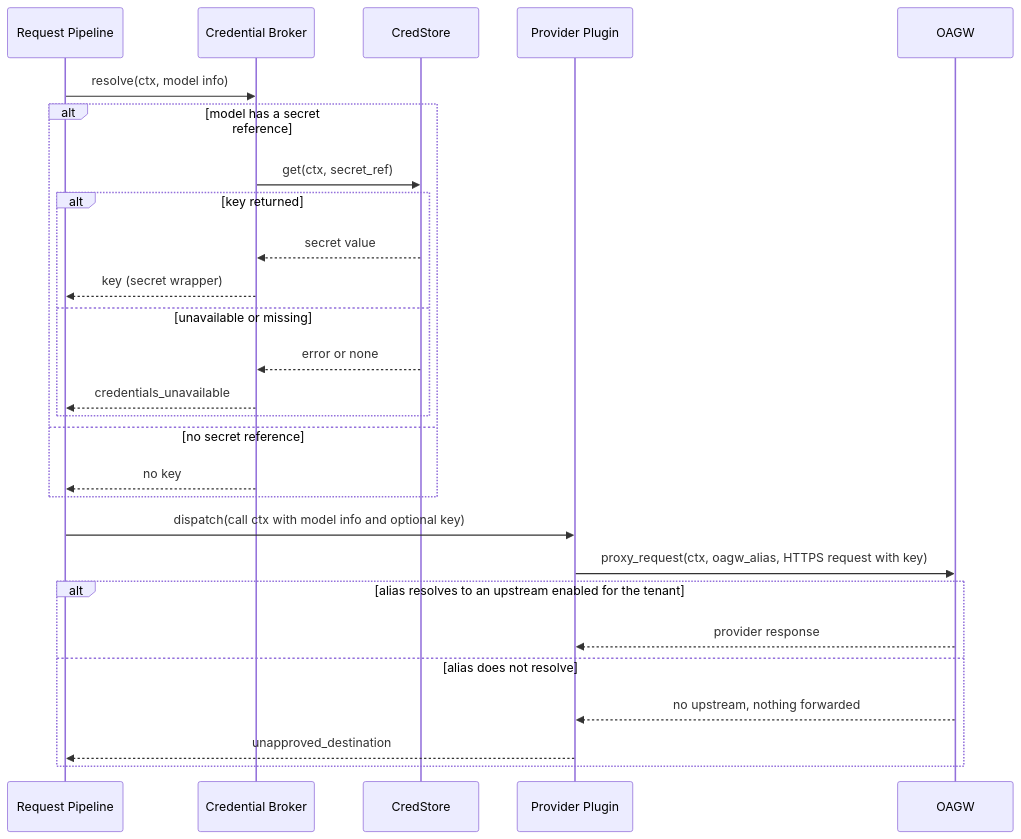
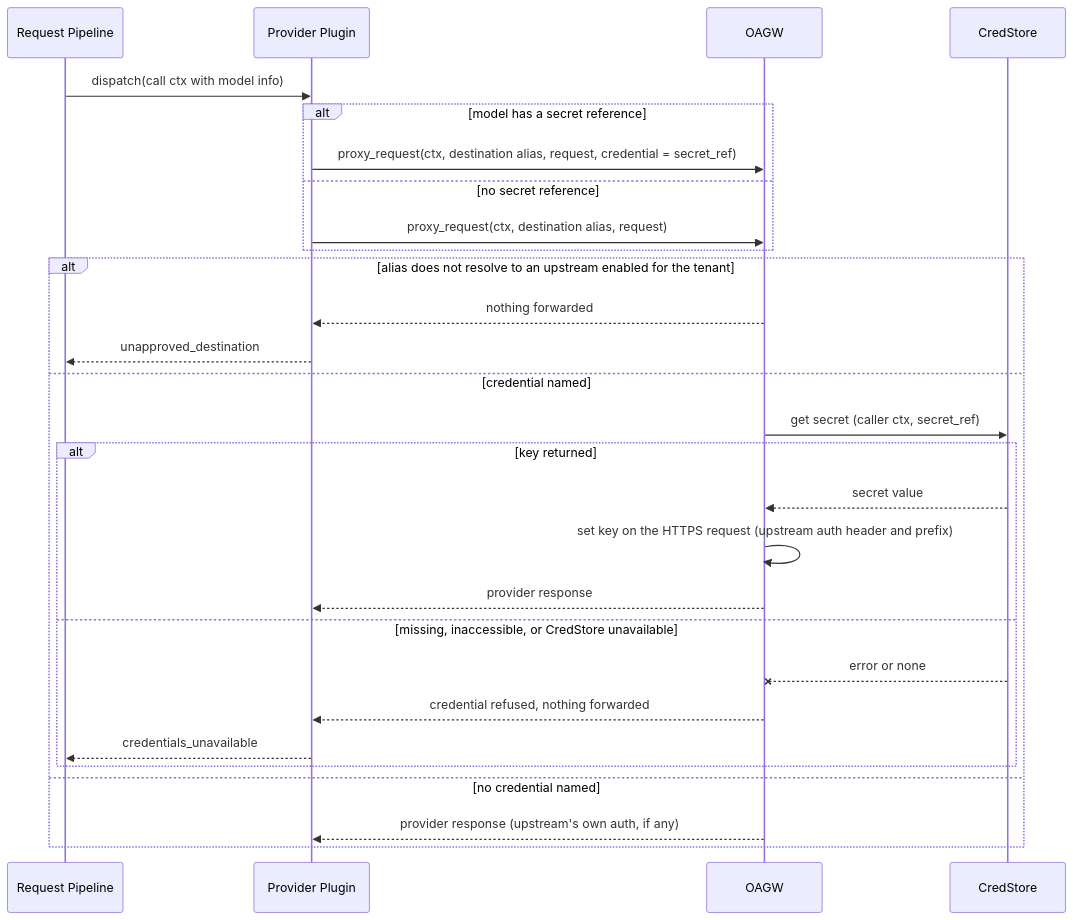
Before and after one commit to constructorfabric/gears-rust: the third of 15 diagrams in gears/llm-gateway/docs/DESIGN.md, drawn with Mermaid. The commit also changed other lines of this file and 11 other files, not shown here.

````diff
--- a/gears/llm-gateway/docs/DESIGN.md
+++ b/gears/llm-gateway/docs/DESIGN.md
@@ -807,29 +817,30 @@
 ```mermaid
 sequenceDiagram
     participant P as Request Pipeline
-    participant CB as Credential Broker
-    participant CS as CredStore
     participant PL as Provider Plugin
     participant O as OAGW
-    P->>CB: resolve(ctx, model info)
+    participant CS as CredStore
+    P->>PL: dispatch(call ctx with model info)
     alt model has a secret reference
-        CB->>CS: get(ctx, secret_ref)
+        PL->>O: proxy_request(ctx, destination alias, request, credential = secret_ref)
+    else no secret reference
+        PL->>O: proxy_request(ctx, destination alias, request)
+    end
+    alt alias does not resolve to an upstream enabled for the tenant
+        O-->>PL: nothing forwarded
+        PL-->>P: unapproved_destination
+    else credential named
+        O->>CS: get secret (caller ctx, secret_ref)
         alt key returned
-            CS-->>CB: secret value
-            CB-->>P: key (secret wrapper)
-        else unavailable or missing
-            CS-->>CB: error or none
-            CB-->>P: credentials_unavailable
+            CS-->>O: secret value
+            O->>O: set key on the HTTPS request (upstream auth header and prefix)
+            O-->>PL: provider response
+        else missing, inaccessible, or CredStore unavailable
+            CS--xO: error or none
+            O-->>PL: credential refused, nothing forwarded
+            PL-->>P: credentials_unavailable
         end
-    else no secret reference
-        CB-->>P: no key
-    end
-    P->>PL: dispatch(call ctx with model info and optional key)
-    PL->>O: proxy_request(ctx, oagw_alias, HTTPS request with key)
-    alt alias resolves to an upstream enabled for the tenant
-        O-->>PL: provider response
-    else alias does not resolve
-        O-->>PL: no upstream, nothing forwarded
-        PL-->>P: unapproved_destination
+    else no credential named
+        O-->>PL: provider response (upstream's own auth, if any)
     end
 ```
````
